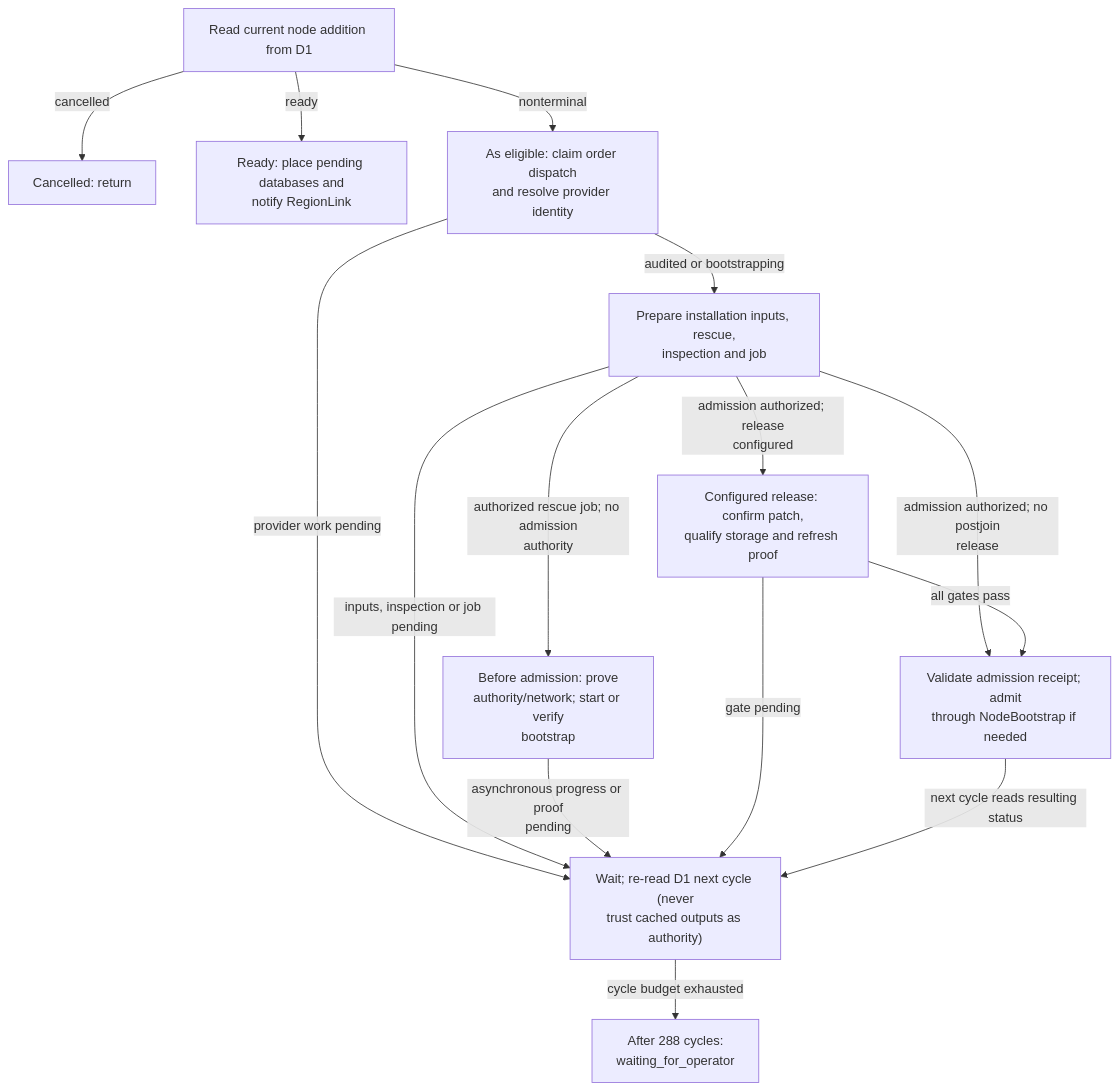
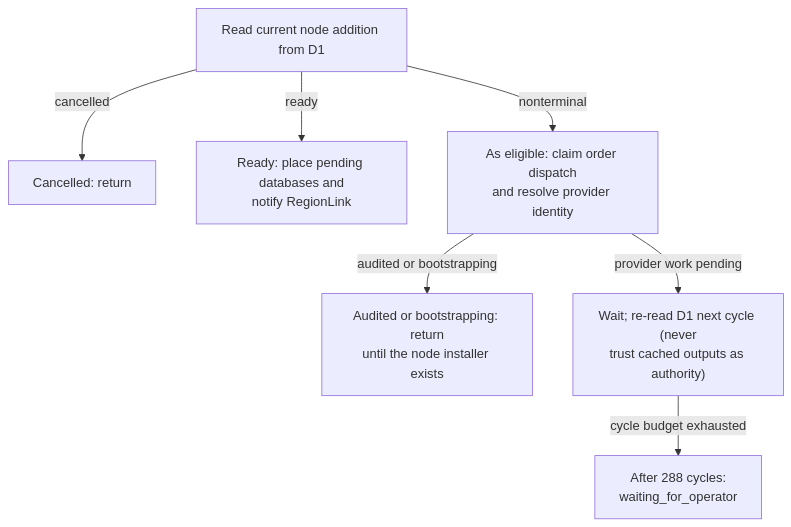
One commit to amerged-org/cloudflare-postgres changed the diagram in docs/architecture/mermaider/add-node.mmd. Above: the diagram before and after it, drawn with Mermaid. The commit also changed 237 other files, not shown here.

```diff
--- a/docs/architecture/mermaider/add-node.mmd
+++ b/docs/architecture/mermaider/add-node.mmd
@@ -1,25 +1,14 @@
 flowchart TD
     n_98d16e133cfc["Read current node addition from D1"]
     n_05cae6515ea2["Cancelled: return"]
     n_f6c7e8a30e85["Ready: place pending databases and<br/>notify RegionLink"]
     n_a67701fc2401["As eligible: claim order dispatch<br/>and resolve provider identity"]
-    n_7702b1130af3["Prepare installation inputs, rescue,<br/>inspection and job"]
-    n_17ae6f100820["Before admission: prove<br/>authority/network; start or verify<br/>bootstrap"]
-    n_5c15400744d9["Configured release: confirm patch,<br/>qualify storage and refresh proof"]
-    n_0adfcd24c2f2["Validate admission receipt; admit<br/>through NodeBootstrap if needed"]
-    n_5a534632ead6["Wait; re-read D1 next cycle (never<br/>trust cached outputs as authority)"]
-    n_14a2f70a9191["After 288 cycles:<br/>waiting_for_operator"]
+    n_d893dc3cbbc2["Audited or bootstrapping: return<br/>until the node installer exists"]
+    n_8092c49190cf["Wait; re-read D1 next cycle (never<br/>trust cached outputs as authority)"]
+    n_83212f141b4e["After 288 cycles:<br/>waiting_for_operator"]
     n_98d16e133cfc -->|"cancelled"| n_05cae6515ea2
     n_98d16e133cfc -->|"ready"| n_f6c7e8a30e85
     n_98d16e133cfc -->|"nonterminal"| n_a67701fc2401
-    n_a67701fc2401 -->|"audited or bootstrapping"| n_7702b1130af3
-    n_a67701fc2401 -->|"provider work pending"| n_5a534632ead6
-    n_7702b1130af3 -->|"authorized rescue job; no admission<br/>authority"| n_17ae6f100820
-    n_7702b1130af3 -->|"admission authorized; release<br/>configured"| n_5c15400744d9
-    n_7702b1130af3 -->|"admission authorized; no postjoin<br/>release"| n_0adfcd24c2f2
-    n_7702b1130af3 -->|"inputs, inspection or job pending"| n_5a534632ead6
-    n_17ae6f100820 -->|"asynchronous progress or proof<br/>pending"| n_5a534632ead6
-    n_5c15400744d9 -->|"all gates pass"| n_0adfcd24c2f2
-    n_5c15400744d9 -->|"gate pending"| n_5a534632ead6
-    n_0adfcd24c2f2 -->|"next cycle reads resulting status"| n_5a534632ead6
-    n_5a534632ead6 -->|"cycle budget exhausted"| n_14a2f70a9191
+    n_a67701fc2401 -->|"audited or bootstrapping"| n_d893dc3cbbc2
+    n_a67701fc2401 -->|"provider work pending"| n_8092c49190cf
+    n_8092c49190cf -->|"cycle budget exhausted"| n_83212f141b4e
```
